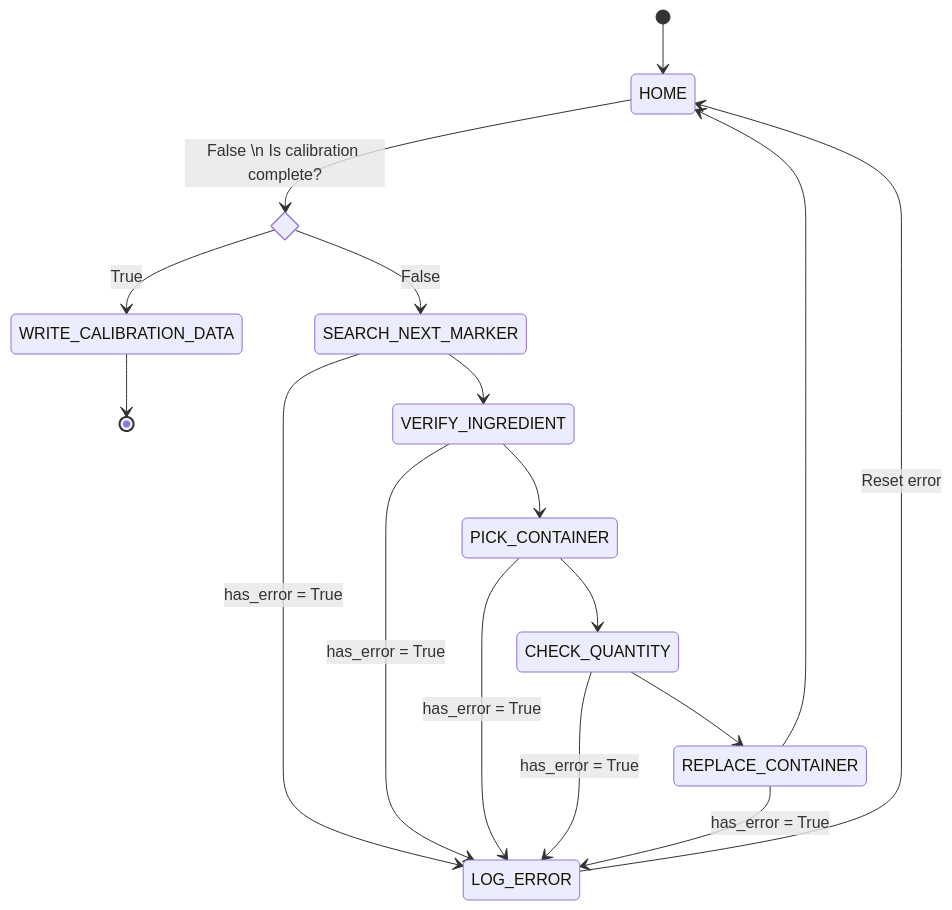
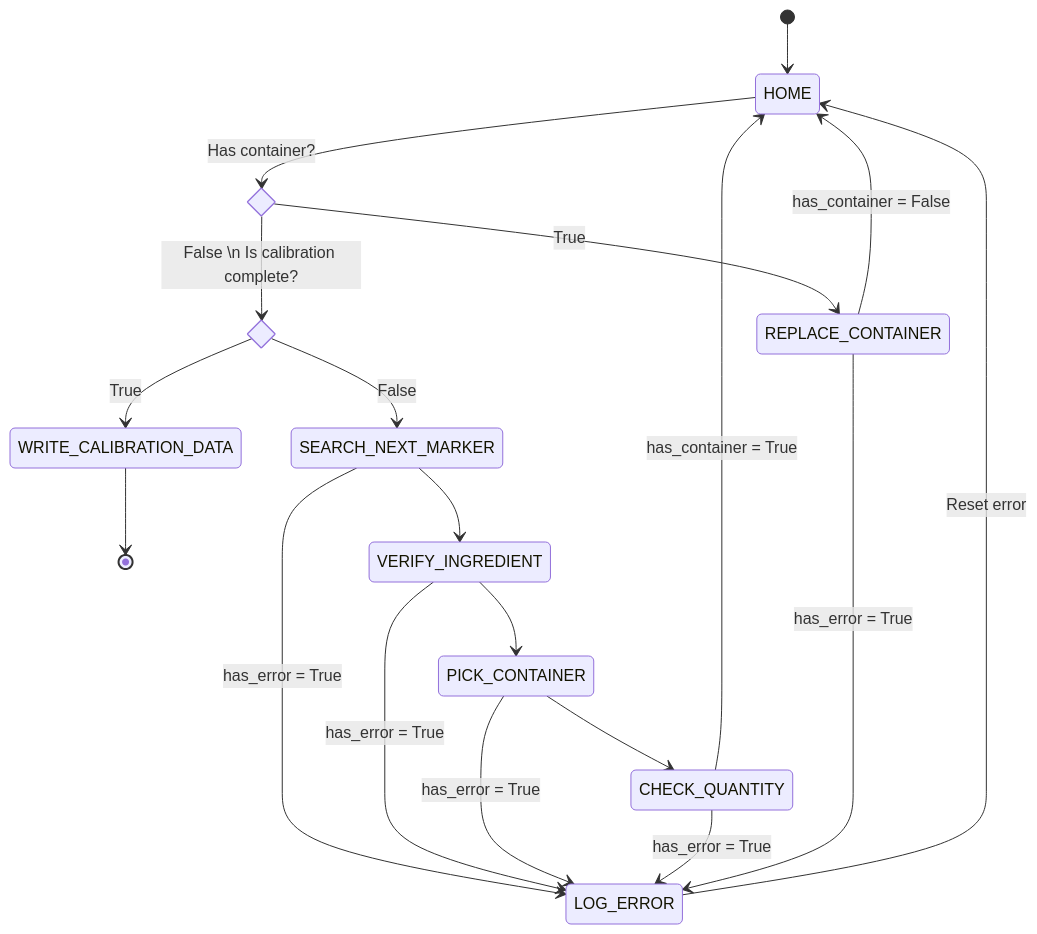
The second of 3 diagrams in README.md (ratatouille-robotics/ratatouille_planner), drawn with Mermaid before and after one commit.

Commit message:
Add new state machine for calibration flow

````diff
--- a/README.md
+++ b/README.md
@@ -47,30 +47,33 @@
 ```mermaid
 stateDiagram-v2
     [*] --> HOME
 
+    state has_container <<choice>>
     state has_request1 <<choice>>
 
-    HOME --> has_request1: False \n Is calibration complete?
+    HOME --> has_container: Has container?
+    has_container --> has_request1: False \n Is calibration complete?
+    has_container --> REPLACE_CONTAINER: True 
 
     has_request1 --> WRITE_CALIBRATION_DATA: True
     WRITE_CALIBRATION_DATA --> [*]
     has_request1 --> SEARCH_NEXT_MARKER: False
 
     SEARCH_NEXT_MARKER --> VERIFY_INGREDIENT
     VERIFY_INGREDIENT --> PICK_CONTAINER
     PICK_CONTAINER --> CHECK_QUANTITY
 
-    REPLACE_CONTAINER --> HOME
+    REPLACE_CONTAINER --> HOME: has_container = False
 
-    CHECK_QUANTITY --> REPLACE_CONTAINER
+    CHECK_QUANTITY --> HOME: has_container = True
 
     LOG_ERROR --> HOME: Reset error
 
     
     SEARCH_NEXT_MARKER --> LOG_ERROR: has_error = True
     VERIFY_INGREDIENT --> LOG_ERROR: has_error = True
     PICK_CONTAINER --> LOG_ERROR: has_error = True
     CHECK_QUANTITY --> LOG_ERROR: has_error = True
     REPLACE_CONTAINER --> LOG_ERROR: has_error = True
 
 ```
````
